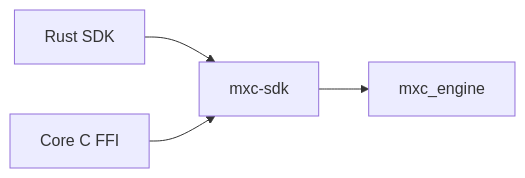
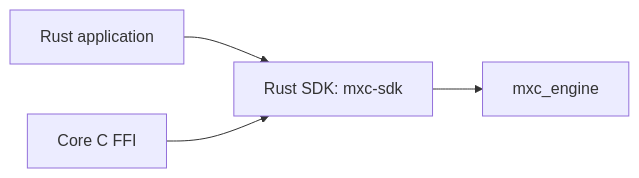
Before and after one commit to microsoft/mxc: the first of 3 diagrams in docs/designs/SDK/01-shared-rust-api.md, drawn with Mermaid. The commit also changed other lines of this file and 3 other files, not shown here.

````diff
--- a/docs/designs/SDK/01-shared-rust-api.md
+++ b/docs/designs/SDK/01-shared-rust-api.md
@@ -8,6 +8,6 @@
 ```mermaid
 flowchart LR
-    R[Rust SDK] --> S[mxc-sdk]
+    R[Rust application] --> S[Rust SDK: mxc-sdk]
     F[Core C FFI] --> S
     S --> E[mxc_engine]
 ```
````
